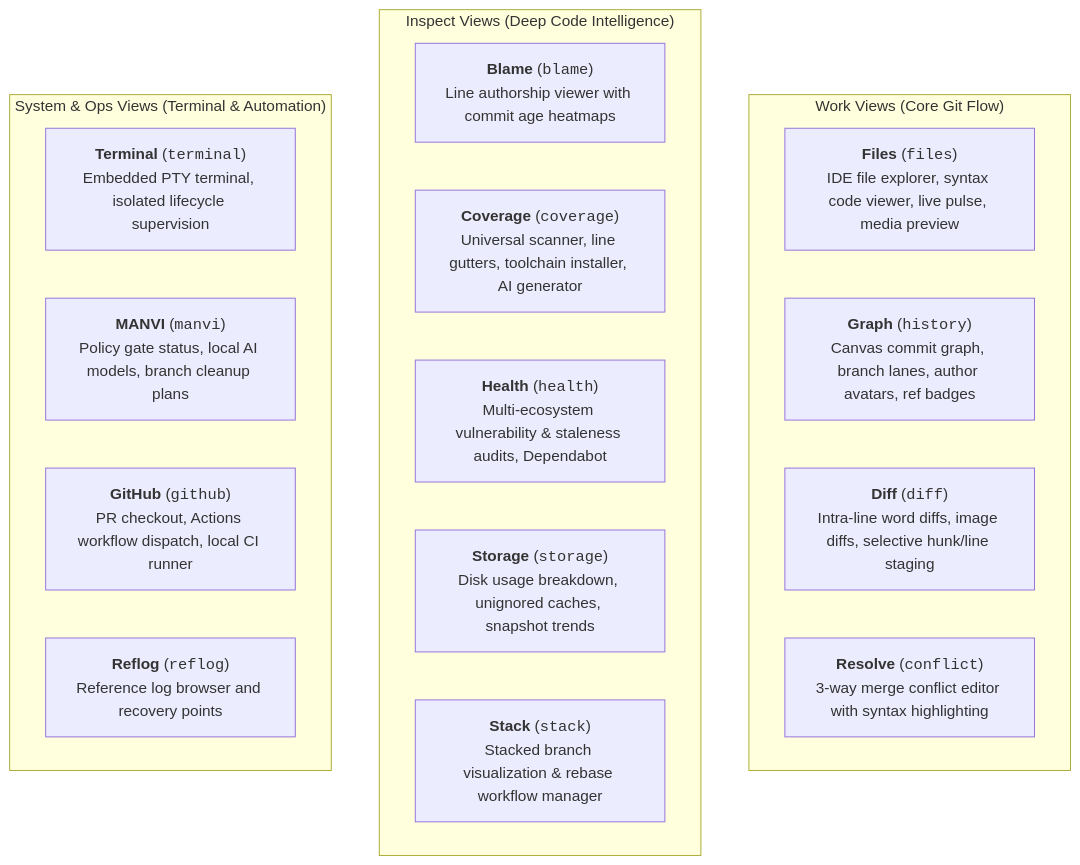
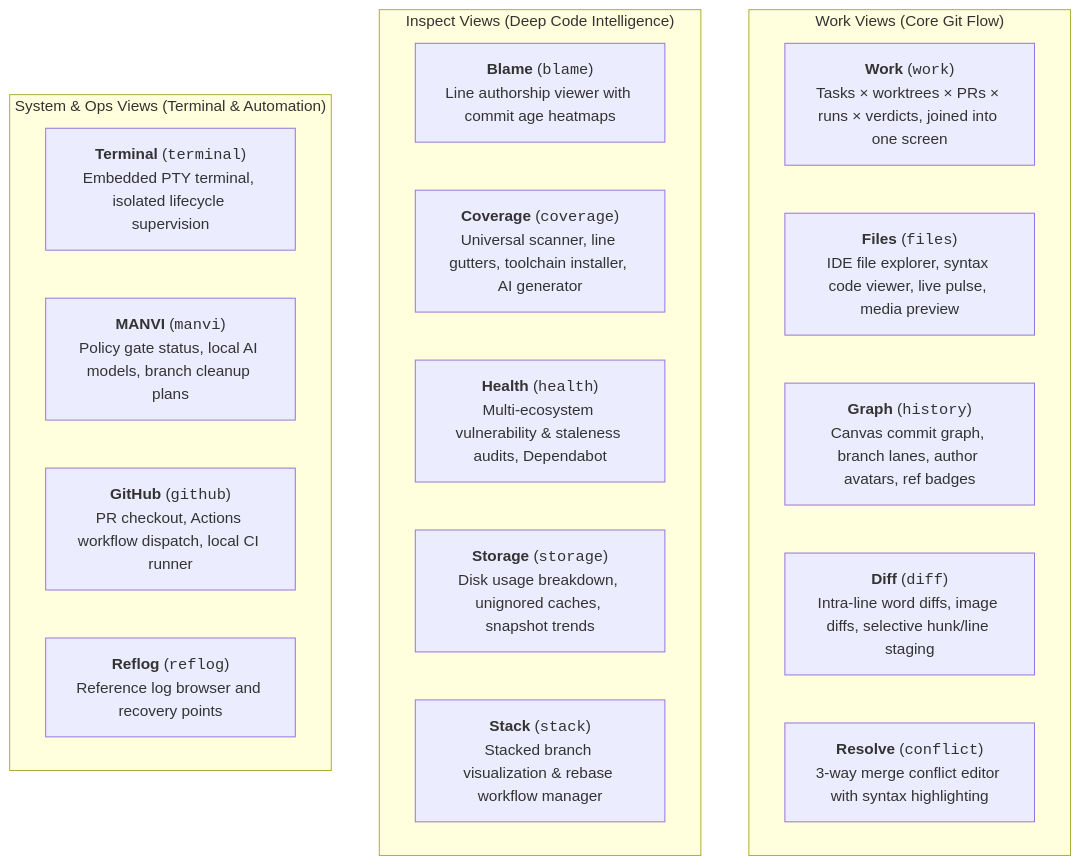
The first of 2 diagrams in docs/FEATURES.md (bharathvbcr/GitPulse), drawn with Mermaid before and after one commit. The commit also changed other lines of this file and 17 other files, not shown here.

````diff
--- a/docs/FEATURES.md
+++ b/docs/FEATURES.md
@@ -5,24 +5,25 @@
 ```mermaid
 flowchart TD
     subgraph WorkGroup["Work Views (Core Git Flow)"]
+        Work["<b>Work</b> (<code>work</code>)<br/>Tasks × worktrees × PRs × runs × verdicts, joined into one screen"]
         Files["<b>Files</b> (<code>files</code>)<br/>IDE file explorer, syntax code viewer, live pulse, media preview"]
         History["<b>Graph</b> (<code>history</code>)<br/>Canvas commit graph, branch lanes, author avatars, ref badges"]
         Diff["<b>Diff</b> (<code>diff</code>)<br/>Intra-line word diffs, image diffs, selective hunk/line staging"]
         Conflict["<b>Resolve</b> (<code>conflict</code>)<br/>3-way merge conflict editor with syntax highlighting"]
     end
 
     subgraph InspectGroup["Inspect Views (Deep Code Intelligence)"]
         Blame["<b>Blame</b> (<code>blame</code>)<br/>Line authorship viewer with commit age heatmaps"]
         Coverage["<b>Coverage</b> (<code>coverage</code>)<br/>Universal scanner, line gutters, toolchain installer, AI generator"]
         Health["<b>Health</b> (<code>health</code>)<br/>Multi-ecosystem vulnerability & staleness audits, Dependabot"]
         Storage["<b>Storage</b> (<code>storage</code>)<br/>Disk usage breakdown, unignored caches, snapshot trends"]
         Stack["<b>Stack</b> (<code>stack</code>)<br/>Stacked branch visualization & rebase workflow manager"]
     end
 
     subgraph SystemGroup["System & Ops Views (Terminal & Automation)"]
         Terminal["<b>Terminal</b> (<code>terminal</code>)<br/>Embedded PTY terminal, isolated lifecycle supervision"]
         MANVI["<b>MANVI</b> (<code>manvi</code>)<br/>Policy gate status, local AI models, branch cleanup plans"]
         GitHub["<b>GitHub</b> (<code>github</code>)<br/>PR checkout, Actions workflow dispatch, local CI runner"]
         Reflog["<b>Reflog</b> (<code>reflog</code>)<br/>Reference log browser and recovery points"]
     end
 ```
````
